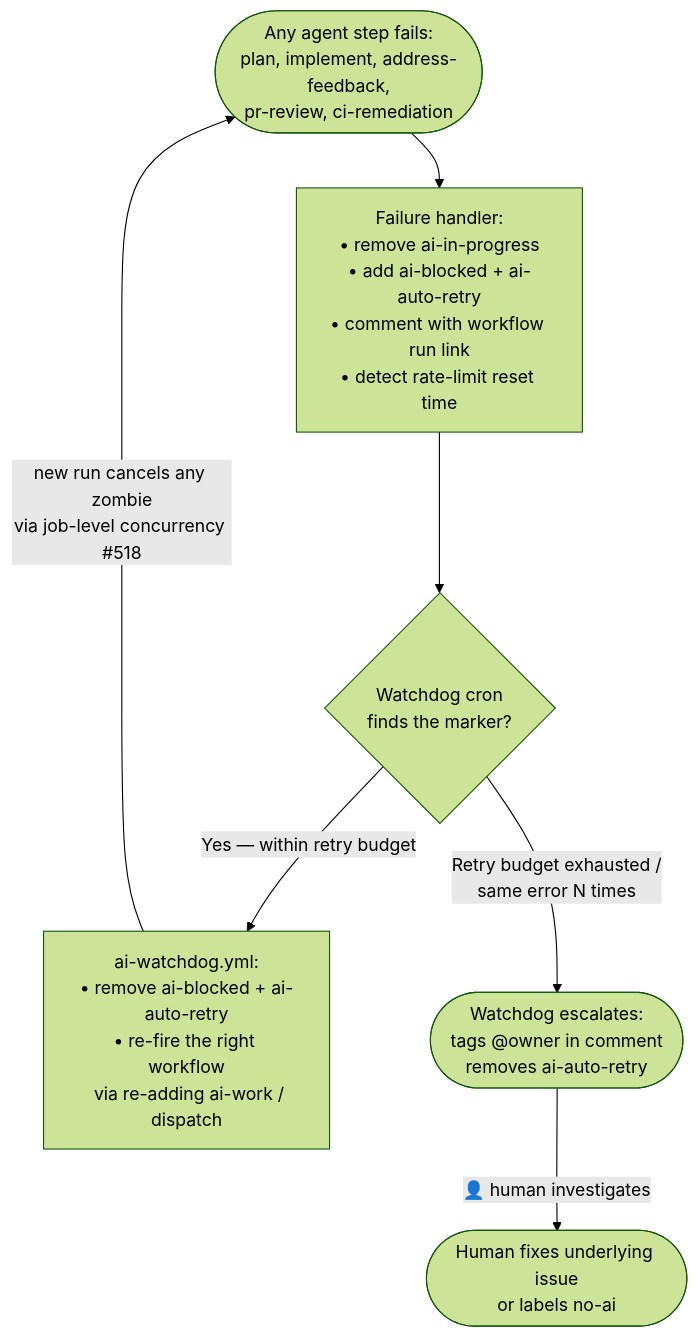
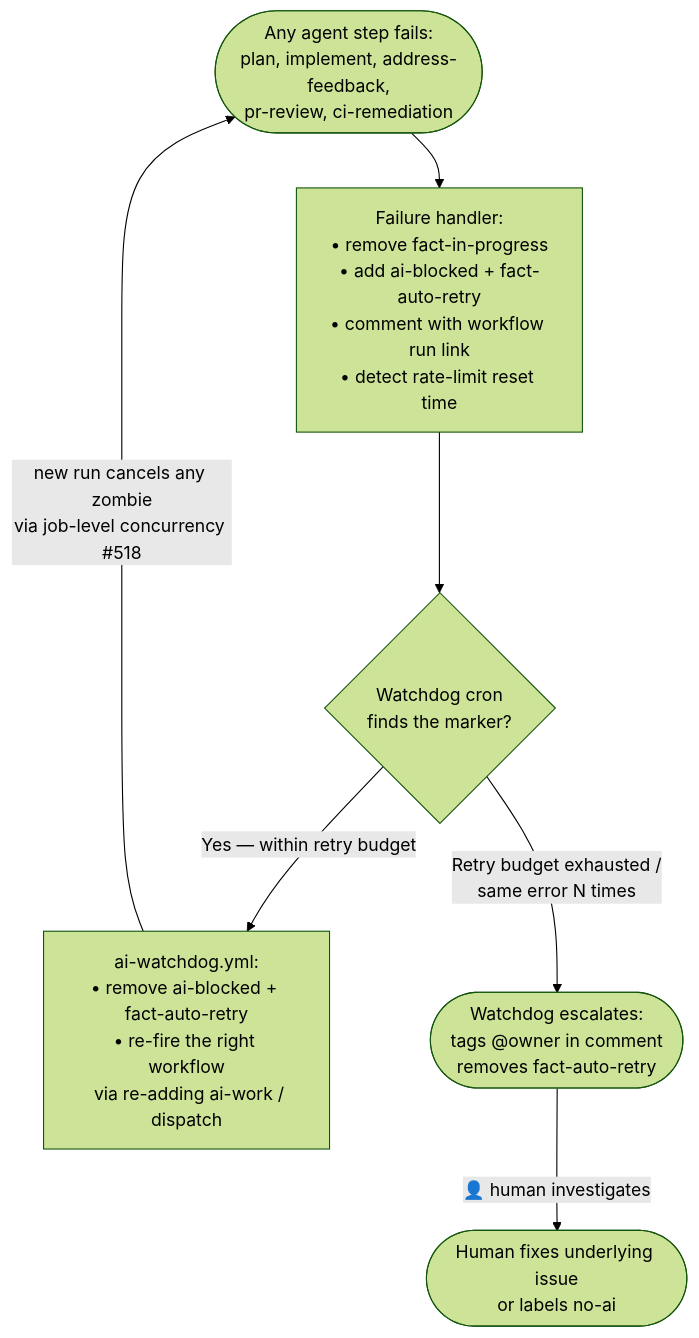
The sixth of 6 diagrams in docs/ai-factory.md (alvarolobato/powershop-analytics), drawn with Mermaid (forest theme) before and after one commit. The commit also changed other lines of this file and 6 other files, not shown here.

````diff
--- a/docs/ai-factory.md
+++ b/docs/ai-factory.md
@@ -439,11 +522,11 @@
 ```mermaid
 flowchart TD
-    F([Any agent step fails:<br/>plan, implement, address-feedback,<br/>pr-review, ci-remediation]) --> SH[Failure handler:<br/>• remove ai-in-progress<br/>• add ai-blocked + ai-auto-retry<br/>• comment with workflow run link<br/>• detect rate-limit reset time]
+    F([Any agent step fails:<br/>plan, implement, address-feedback,<br/>pr-review, ci-remediation]) --> SH[Failure handler:<br/>• remove fact-in-progress<br/>• add ai-blocked + fact-auto-retry<br/>• comment with workflow run link<br/>• detect rate-limit reset time]
 
     SH --> WD{Watchdog cron<br/>finds the marker?}
-    WD -->|"Yes — within retry budget"| RT[ai-watchdog.yml:<br/>• remove ai-blocked + ai-auto-retry<br/>• re-fire the right workflow<br/>  via re-adding ai-work / dispatch]
-    WD -->|"Retry budget exhausted /<br/>same error N times"| HD([Watchdog escalates:<br/>tags @owner in comment<br/>removes ai-auto-retry])
+    WD -->|"Yes — within retry budget"| RT[ai-watchdog.yml:<br/>• remove ai-blocked + fact-auto-retry<br/>• re-fire the right workflow<br/>  via re-adding ai-work / dispatch]
+    WD -->|"Retry budget exhausted /<br/>same error N times"| HD([Watchdog escalates:<br/>tags @owner in comment<br/>removes fact-auto-retry])
 
     RT -->|"new run cancels any zombie<br/>via job-level concurrency #518"| F
     HD -->|"👤 human investigates"| OW([Human fixes underlying issue<br/>or labels no-ai])
 ```
````
